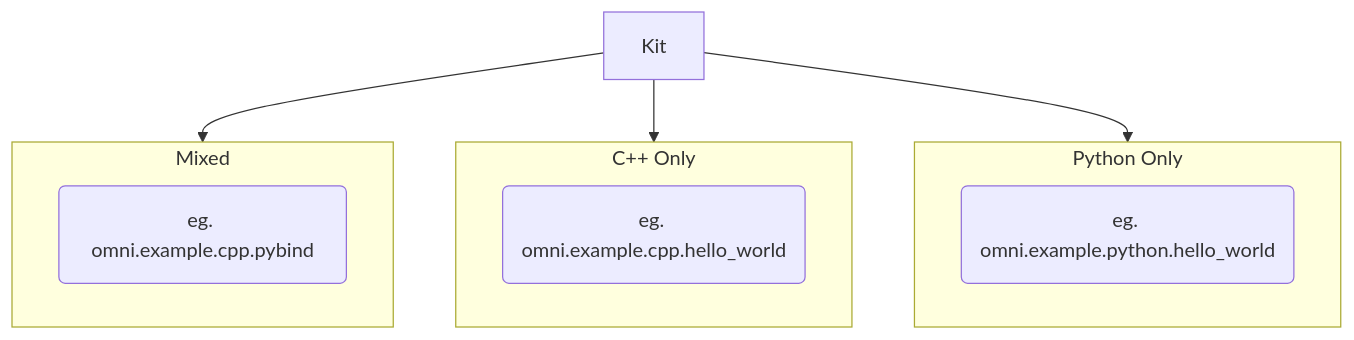
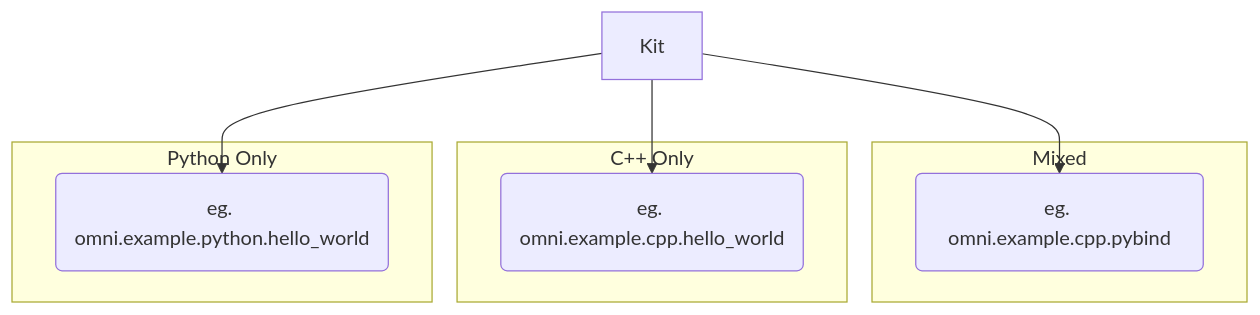
The diagram in README.md (NVIDIA-Omniverse/kit-extension-template-cpp), drawn with Mermaid before and after one commit.

Commit message:
Fixed from last commit.

````diff
--- a/README.md
+++ b/README.md
@@ -10,19 +10,19 @@
 ```mermaid
 graph TD
 
   subgraph A[Mixed]
   A1(eg. omni.example.cpp.pybind)
   end
 
   subgraph B[C++ Only]
   B1(eg. omni.example.cpp.hello_world)
   end
 
   subgraph C[Python Only]
   C1(eg. omni.example.python.hello_world)
   end
 
-  Kit[Kit] --> A
-  Kit[Kit] --> B
-  Kit[Kit] --> C
+  Kit[Kit] --> A1
+  Kit[Kit] --> B1
+  Kit[Kit] --> C1
 ```
````
